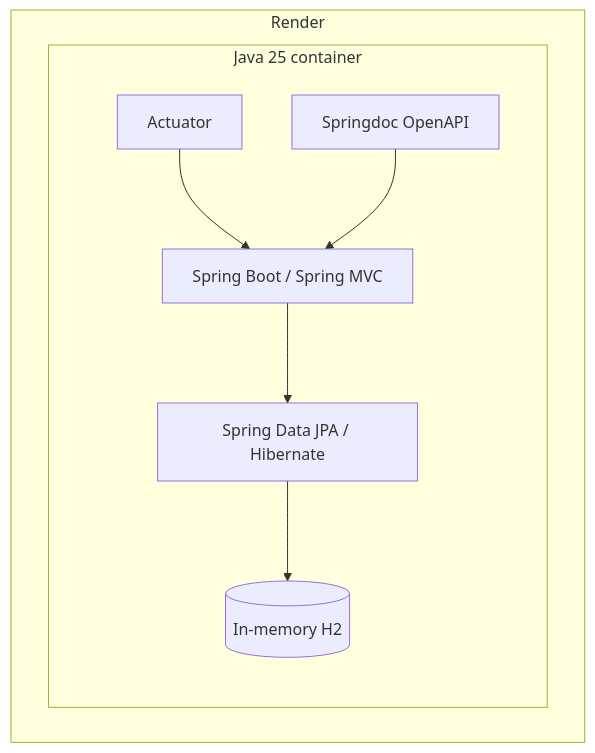
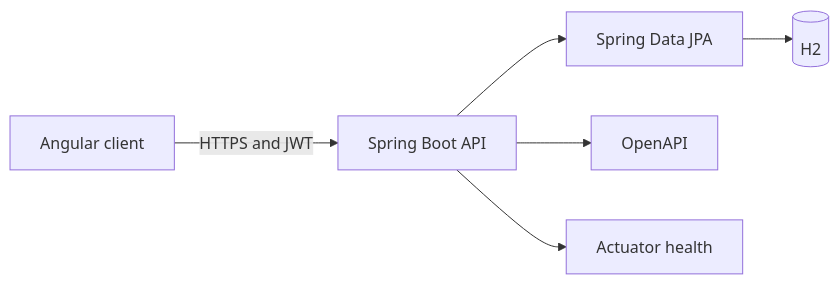
The first of 3 diagrams in docs/ARCHITECTURE.md (blnunes/sisdent), drawn with Mermaid before and after one commit. The commit also changed other lines of this file and 79 other files, not shown here.

````diff
--- a/docs/ARCHITECTURE.md
+++ b/docs/ARCHITECTURE.md
@@ -30,16 +16,8 @@
 ```mermaid
-flowchart TB
-    subgraph Render
-        subgraph Java_25_Container[Java 25 container]
-            API[Spring Boot / Spring MVC]
-            ACT[Actuator]
-            DOC[Springdoc OpenAPI]
-            ORM[Spring Data JPA / Hibernate]
-            DB[(In-memory H2)]
-            API --> ORM
-            ORM --> DB
-            ACT --> API
-            DOC --> API
-        end
-    end
+flowchart LR
+    Browser[Angular client] -->|HTTPS and JWT| API[Spring Boot API]
+    API --> JPA[Spring Data JPA]
+    JPA --> DB[(H2)]
+    API --> DOC[OpenAPI]
+    API --> HEALTH[Actuator health]
 ```
````
